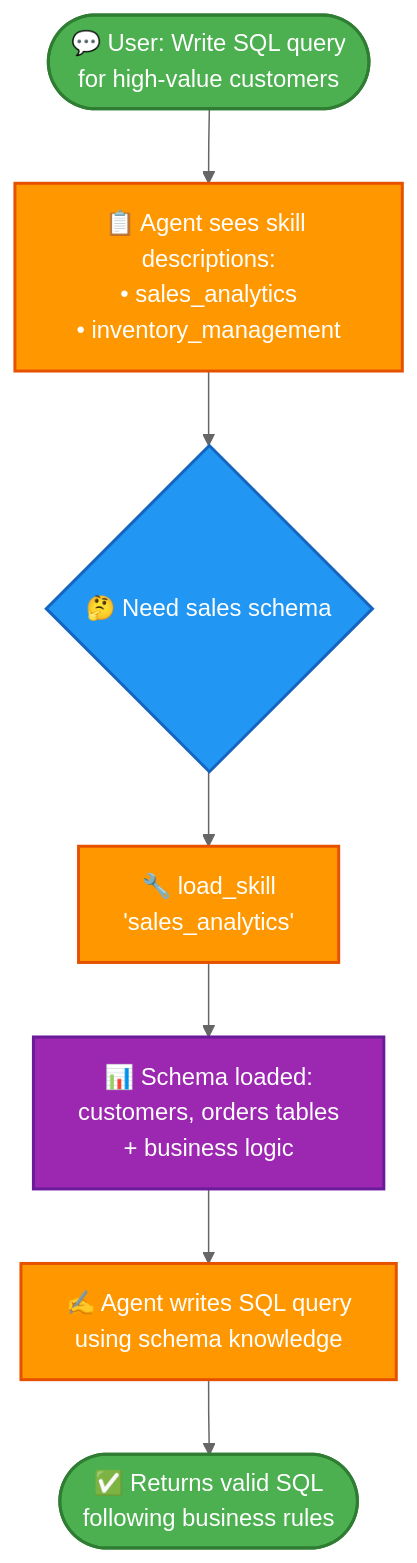
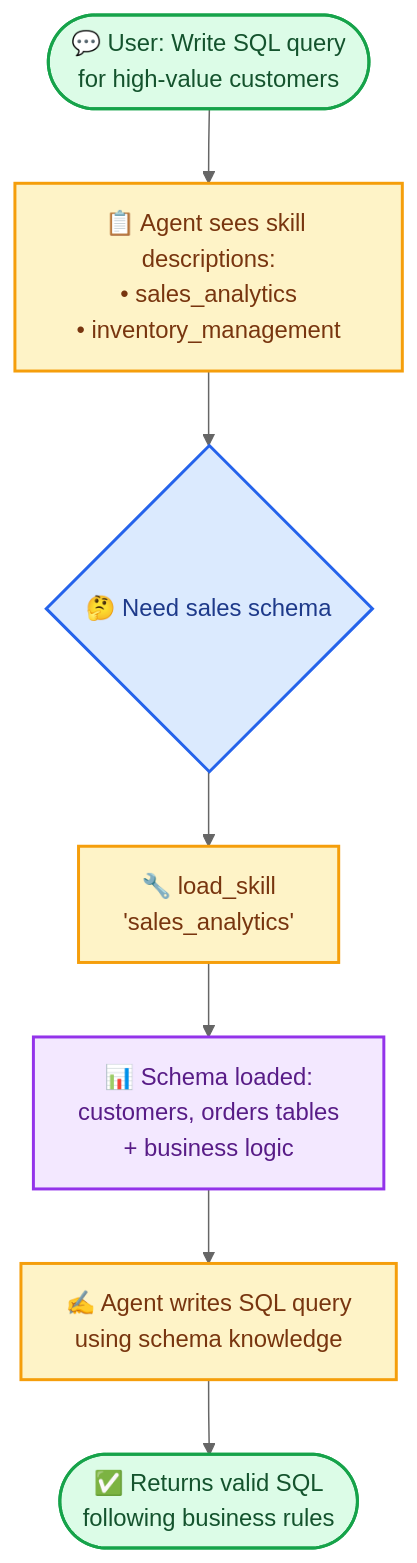
The diagram in oss/javascript/langchain/multi-agent/skills-sql-assistant.mdx (kunfan96/cndocs-langchain), drawn with Mermaid before and after one commit. The commit also changed other lines of this file and 2533 other files, not shown here.

````diff
--- a/oss/javascript/langchain/multi-agent/skills-sql-assistant.mdx
+++ b/oss/javascript/langchain/multi-agent/skills-sql-assistant.mdx
@@ -27,26 +27,26 @@
 ```mermaid
 %%{init: {'theme':'base', 'themeVariables': { 'primaryColor':'#4CAF50','primaryTextColor':'#fff','primaryBorderColor':'#2E7D32','lineColor':'#666','secondaryColor':'#FF9800','tertiaryColor':'#2196F3','tertiaryBorderColor':'#1565C0','tertiaryTextColor':'#fff'}}}%%
 flowchart TD
     Start([💬 User: Write SQL query<br/>for high-value customers]) --> SystemPrompt[📋 Agent sees skill descriptions:<br/>• sales_analytics<br/>• inventory_management]
 
     SystemPrompt --> Decide{🤔 Need sales schema}
 
     Decide --> LoadSkill[🔧 load_skill<br/>'sales_analytics']
 
     LoadSkill --> Schema[📊 Schema loaded:<br/>customers, orders tables<br/>+ business logic]
 
     Schema --> WriteQuery[✍️ Agent writes SQL query<br/>using schema knowledge]
 
     WriteQuery --> Response([✅ Returns valid SQL<br/>following business rules])
 
     %% Styling for light and dark modes
-    classDef startEnd fill:#4CAF50,stroke:#2E7D32,stroke-width:2px,color:#fff
-    classDef process fill:#FF9800,stroke:#E65100,stroke-width:2px,color:#fff
-    classDef decision fill:#2196F3,stroke:#1565C0,stroke-width:2px,color:#fff
-    classDef enrichment fill:#9C27B0,stroke:#6A1B9A,stroke-width:2px,color:#fff
+    classDef startEnd fill:#DCFCE7,stroke:#16A34A,stroke-width:2px,color:#14532D
+    classDef process fill:#FEF3C7,stroke:#F59E0B,stroke-width:2px,color:#78350F
+    classDef decision fill:#DBEAFE,stroke:#2563EB,stroke-width:2px,color:#1E3A8A
+    classDef enrichment fill:#F3E8FF,stroke:#9333EA,stroke-width:2px,color:#581C87
 
     class Start,Response startEnd
     class SystemPrompt,LoadSkill,WriteQuery process
     class Decide decision
     class Schema enrichment
 ```
````
